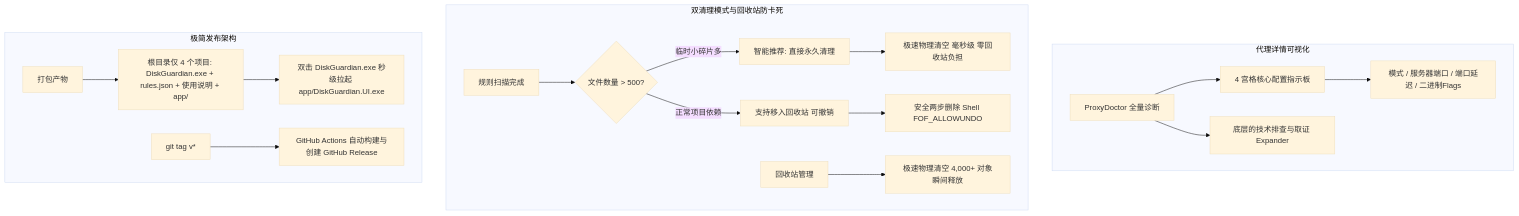
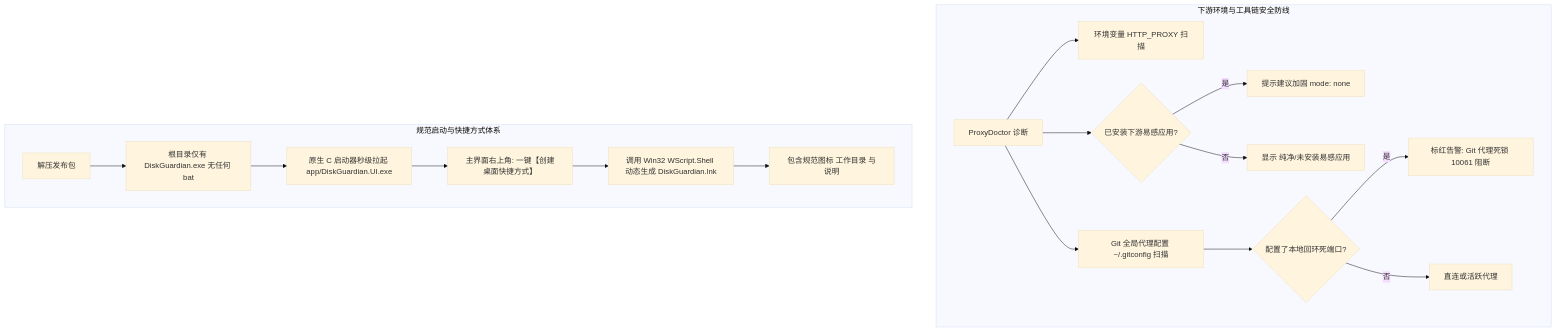
Before and after one commit to HMuSeaB/disk-guardian: the diagram in .antigravity_docs/walkthroughs/walkthrough.md, drawn with Mermaid (base theme). The commit also changed other lines of this file and 7 other files, not shown here.

````diff
--- a/.antigravity_docs/walkthroughs/walkthrough.md
+++ b/.antigravity_docs/walkthroughs/walkthrough.md
@@ -15,23 +16,21 @@
 ```mermaid
 graph TD
-    subgraph 代理详情可视化
-        A[ProxyDoctor 全量诊断] --> B[4 宫格核心配置指示板]
-        A --> C[底层的技术排查与取证 Expander]
-        B --> D[模式 / 服务器端口 / 端口延迟 / 二进制Flags]
+    subgraph 下游环境与工具链安全防线
+        A[ProxyDoctor 诊断] --> B[环境变量 HTTP_PROXY 扫描]
+        A --> C[Git 全局代理配置 ~/.gitconfig 扫描]
+        A --> D{已安装下游易感应用?}
+        D -- 是 --> E[提示建议加固 mode: none]
+        D -- 否 --> F[显示 纯净/未安装易感应用]
+        C --> G{配置了本地回环死端口?}
+        G -- 是 --> H[标红告警: Git 代理死锁 10061 阻断]
+        G -- 否 --> I[直连或活跃代理]
     end
 
-    subgraph 双清理模式与回收站防卡死
-        E[规则扫描完成] --> F{文件数量 > 500?}
-        F -- 临时小碎片多 --> G[智能推荐: 直接永久清理]
-        F -- 正常项目依赖 --> H[支持移入回收站 可撤销]
-        G --> I[极速物理清空 毫秒级 零回收站负担]
-        H --> J[安全两步删除 Shell FOF_ALLOWUNDO]
-        K[回收站管理] --> L[极速物理清空 4,000+ 对象瞬间释放]
-    end
-
-    subgraph 极简发布架构
-        M[打包产物] --> N[根目录仅 4 个项目: DiskGuardian.exe + rules.json + 使用说明 + app/]
-        N --> O[双击 DiskGuardian.exe 秒级拉起 app/DiskGuardian.UI.exe]
-        P[git tag v*] --> Q[GitHub Actions 自动构建与创建 GitHub Release]
+    subgraph 规范启动与快捷方式体系
+        J[解压发布包] --> K[根目录仅有 DiskGuardian.exe 无任何 bat]
+        K --> L[原生 C 启动器秒级拉起 app/DiskGuardian.UI.exe]
+        L --> M[主界面右上角: 一键【创建桌面快捷方式】]
+        M --> N[调用 Win32 WScript.Shell 动态生成 DiskGuardian.lnk]
+        N --> O[包含规范图标 工作目录 与说明]
     end
 ```
````
